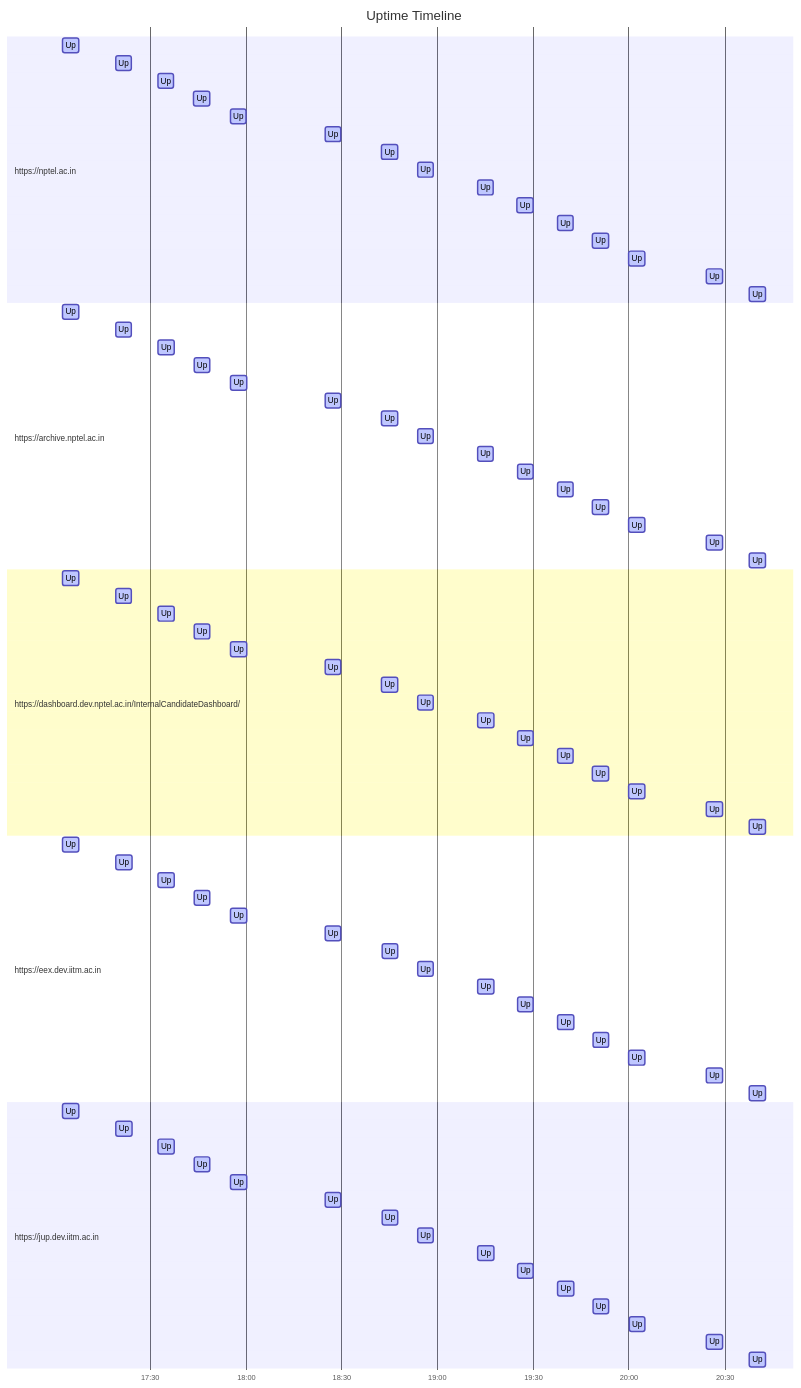
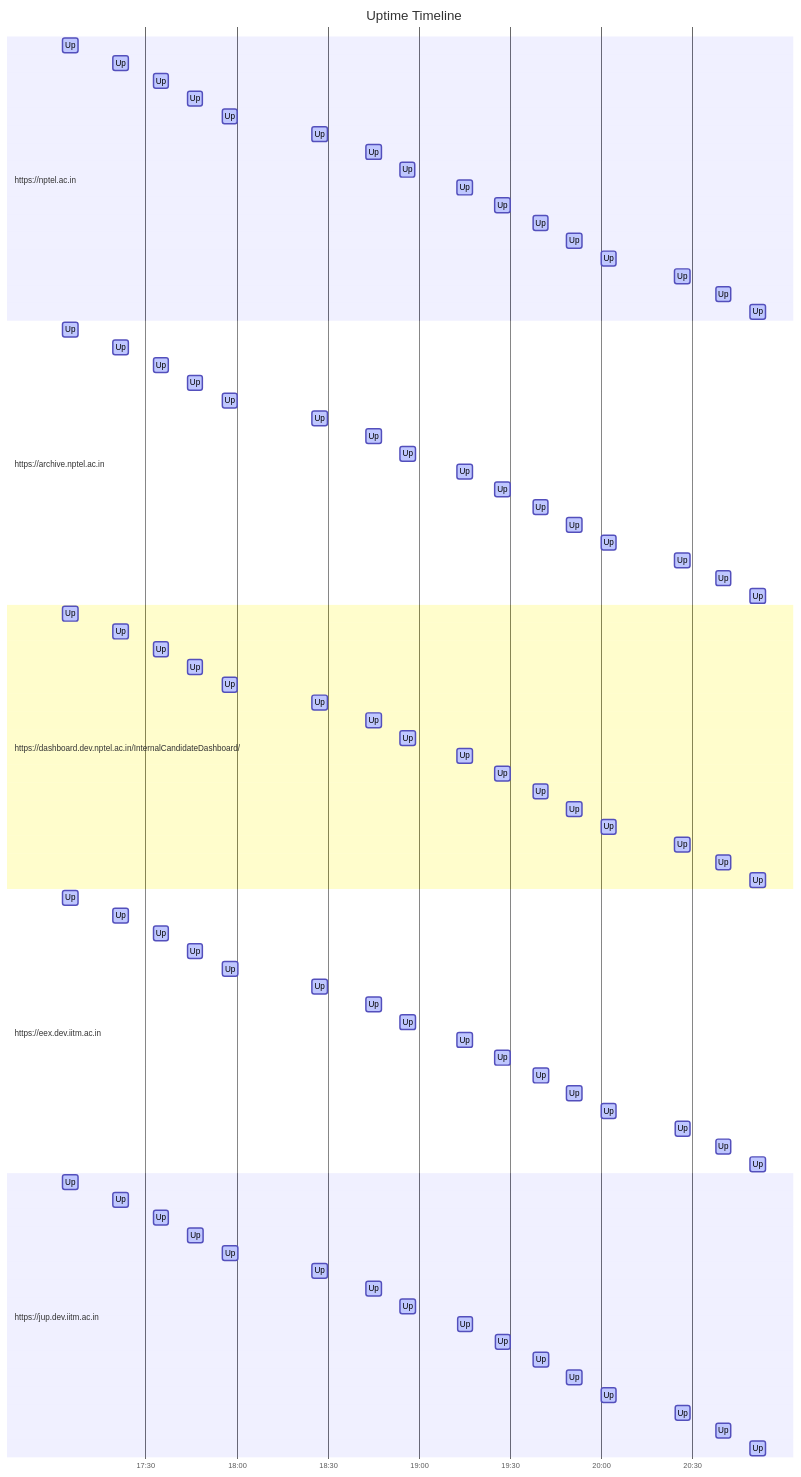
One commit to nchandra75/monitor changed the diagram in results.md. Above: the diagram before and after it, drawn with Mermaid. The commit also changed other lines of this file and 1 other file, not shown here.

````diff
--- a/results.md
+++ b/results.md
@@ -39,6 +39,7 @@
         Up: active, 2024-09-13 19:59:59, 5m
         Up: active, 2024-09-13 20:24:18, 5m
         Up: active, 2024-09-13 20:37:45, 5m
+        Up: active, 2024-09-13 20:49:08, 5m
     section https://archive.nptel.ac.in
         Up: active, 2024-09-13 17:02:37, 5m
         Up: active, 2024-09-13 17:19:15, 5m
@@ -55,6 +56,7 @@
         Up: active, 2024-09-13 20:00:00, 5m
         Up: active, 2024-09-13 20:24:19, 5m
         Up: active, 2024-09-13 20:37:46, 5m
+        Up: active, 2024-09-13 20:49:09, 5m
     section https://dashboard.dev.nptel.ac.in/InternalCandidateDashboard/
         Up: active, 2024-09-13 17:02:38, 5m
         Up: active, 2024-09-13 17:19:15, 5m
@@ -71,6 +73,7 @@
         Up: active, 2024-09-13 20:00:01, 5m
         Up: active, 2024-09-13 20:24:20, 5m
         Up: active, 2024-09-13 20:37:47, 5m
+        Up: active, 2024-09-13 20:49:10, 5m
     section https://eex.dev.iitm.ac.in
         Up: active, 2024-09-13 17:02:39, 5m
         Up: active, 2024-09-13 17:19:16, 5m
@@ -87,6 +90,7 @@
         Up: active, 2024-09-13 20:00:02, 5m
         Up: active, 2024-09-13 20:24:21, 5m
         Up: active, 2024-09-13 20:37:48, 5m
+        Up: active, 2024-09-13 20:49:11, 5m
     section https://jup.dev.iitm.ac.in
         Up: active, 2024-09-13 17:02:40, 5m
         Up: active, 2024-09-13 17:19:17, 5m
@@ -103,4 +107,5 @@
         Up: active, 2024-09-13 20:00:03, 5m
         Up: active, 2024-09-13 20:24:22, 5m
         Up: active, 2024-09-13 20:37:49, 5m
+        Up: active, 2024-09-13 20:49:12, 5m
 ```
````
